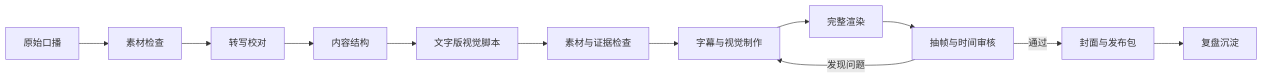
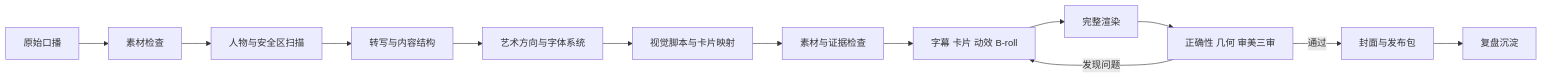
One commit to shitoudaidi/talking-head-video-workflow changed the diagram in README.md. Above: the diagram before and after it, drawn with Mermaid. The commit also changed other lines of this file and 16 other files, not shown here.

````diff
--- a/README.md
+++ b/README.md
@@ -132,14 +201,15 @@
 ```mermaid
 flowchart LR
     A[原始口播] --> B[素材检查]
-    B --> C[转写校对]
-    C --> D[内容结构]
-    D --> E[文字版视觉脚本]
-    E --> F[素材与证据检查]
-    F --> G[字幕与视觉制作]
-    G --> H[完整渲染]
-    H --> I[抽帧与时间审核]
-    I -->|发现问题| G
-    I -->|通过| J[封面与发布包]
-    J --> K[复盘沉淀]
+    B --> C[人物与安全区扫描]
+    C --> D[转写与内容结构]
+    D --> E[艺术方向与字体系统]
+    E --> F[视觉脚本与卡片映射]
+    F --> G[素材与证据检查]
+    G --> H[字幕 卡片 动效 B-roll]
+    H --> I[完整渲染]
+    I --> J[正确性 几何 审美三审]
+    J -->|发现问题| H
+    J -->|通过| K[封面与发布包]
+    K --> L[复盘沉淀]
 ```
````
